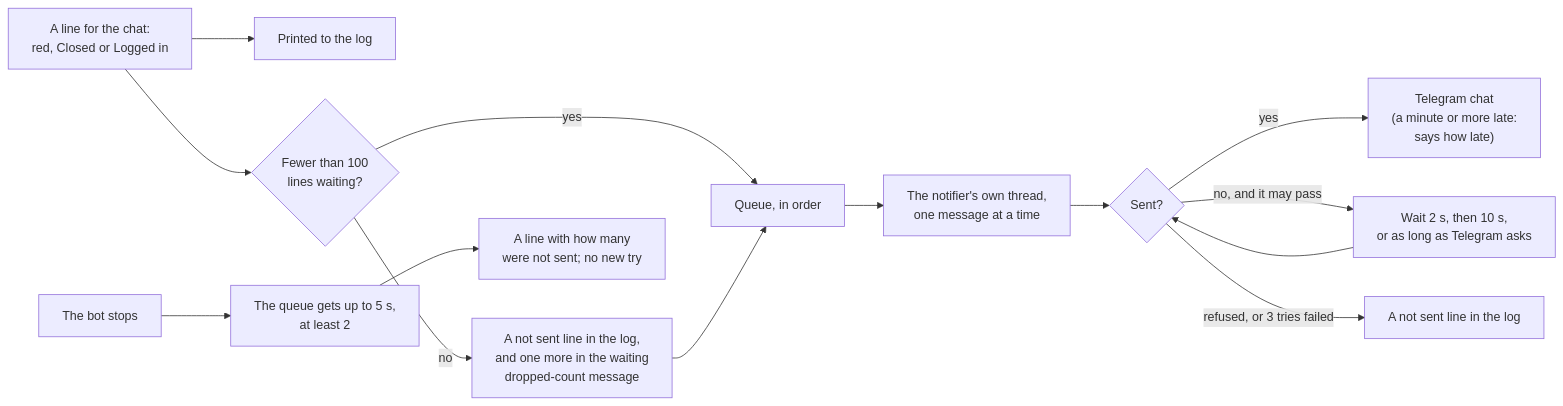
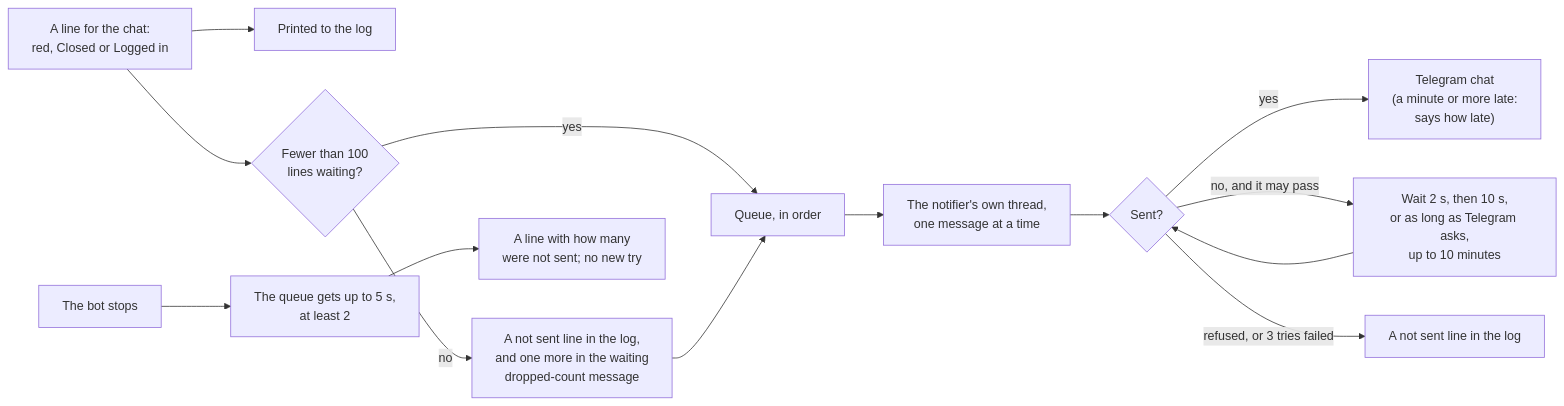
Before and after one commit to Akinzou/TradeLockerBot: the third of 6 diagrams in README.md, drawn with Mermaid. The commit also changed other lines of this file and 5 other files, not shown here.

````diff
--- a/README.md
+++ b/README.md
@@ -358,14 +358,14 @@
 ```mermaid
 flowchart LR
     L["A line for the chat:<br/>red, Closed or Logged in"] --> LOG[Printed to the log]
     L --> Q{"Fewer than 100<br/>lines waiting?"}
     Q -- yes --> W[Queue, in order]
     Q -- no --> C["A not sent line in the log,<br/>and one more in the waiting<br/>dropped-count message"]
     C --> W
     W --> TH["The notifier's own thread,<br/>one message at a time"]
     TH --> TRY{Sent?}
     TRY -- yes --> CHAT["Telegram chat<br/>(a minute or more late:<br/>says how late)"]
-    TRY -- "no, and it may pass" --> WAIT["Wait 2 s, then 10 s,<br/>or as long as Telegram asks"] --> TRY
+    TRY -- "no, and it may pass" --> WAIT["Wait 2 s, then 10 s,<br/>or as long as Telegram asks,<br/>up to 10 minutes"] --> TRY
     TRY -- "refused, or 3 tries failed" --> RED[A not sent line in the log]
     STOP[The bot stops] --> SW["The queue gets up to 5 s,<br/>at least 2"] --> SR["A line with how many<br/>were not sent; no new try"]
 ```
````
